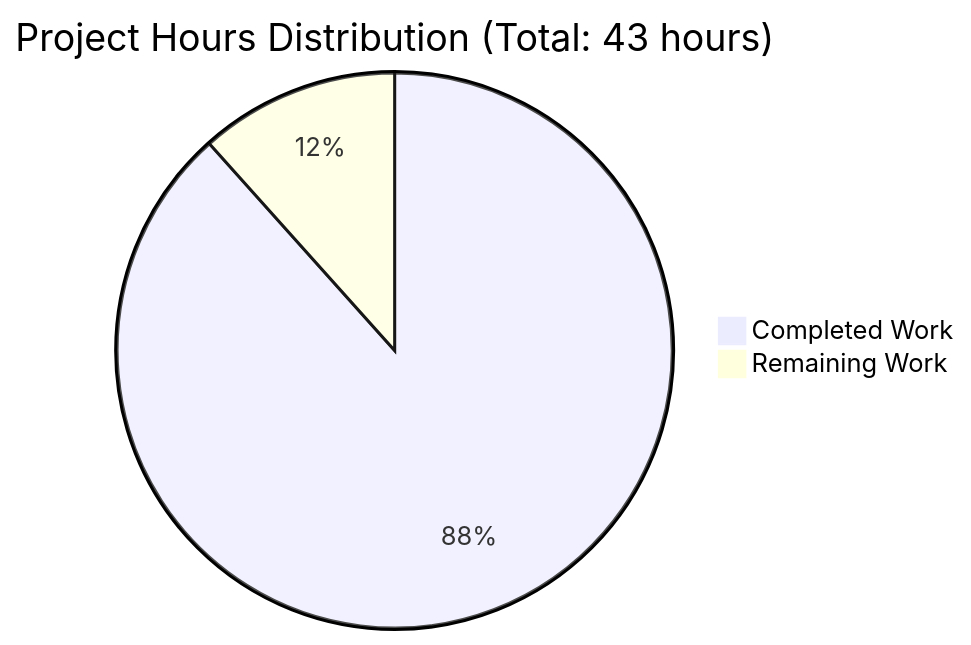
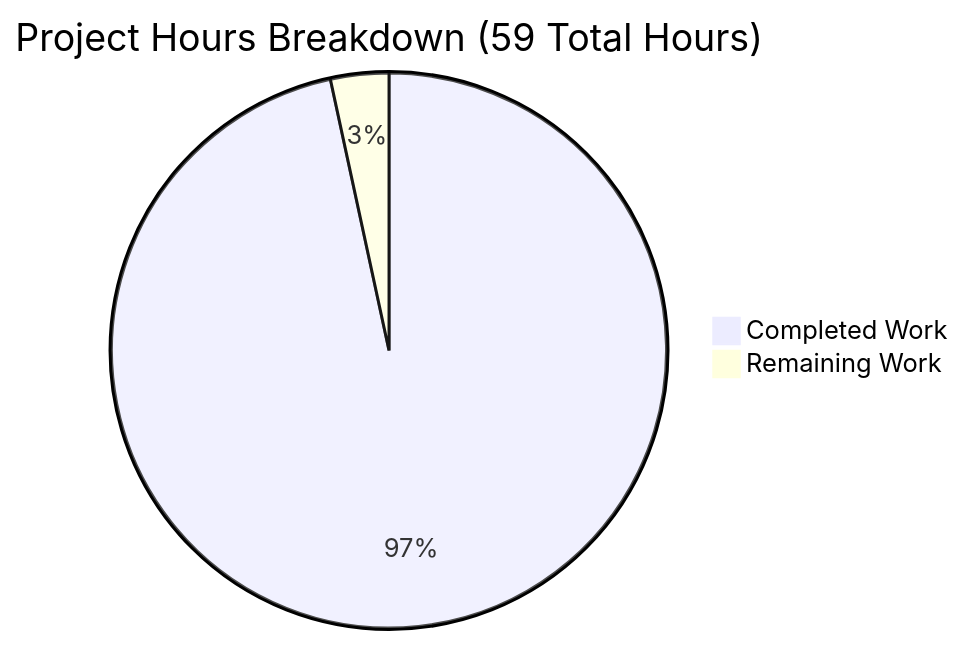
Before and after one commit to lakshya-blitzy/hello_world_Oct_2025: the diagram in blitzy/documentation/Project Guide.md, drawn with Mermaid. The commit also changed other lines of this file, not shown here.

Commit message:
Adding Blitzy Project Guide: Project Status and Human Tasks Remaining

````diff
--- a/blitzy/documentation/Project Guide.md
+++ b/blitzy/documentation/Project Guide.md
@@ -213,5 +41,5 @@
 ```mermaid
-pie title Project Hours Distribution (Total: 43 hours)
-    "Completed Work" : 38
-    "Remaining Work" : 5
+pie title Project Hours Breakdown (59 Total Hours)
+    "Completed Work" : 57
+    "Remaining Work" : 2
 ```
````
